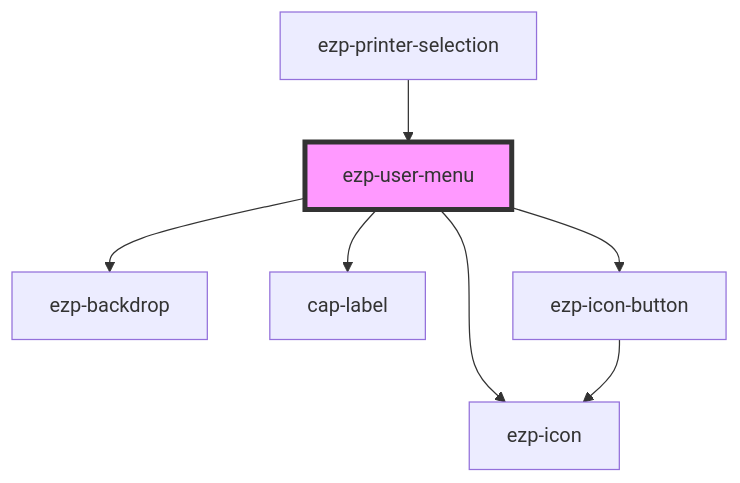
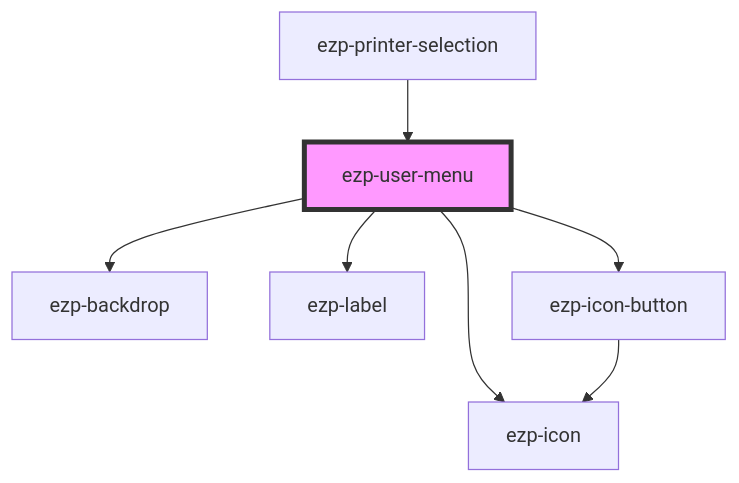
The diagram in src/components/ezp-user-menu/readme.md (ezeep/ezeep-js), drawn with Mermaid before and after one commit. The commit also changed other lines of this file and 42 other files, not shown here.

````diff
--- a/src/components/ezp-user-menu/readme.md
+++ b/src/components/ezp-user-menu/readme.md
@@ -34,10 +34,10 @@
 ```mermaid
 graph TD;
   ezp-user-menu --> ezp-backdrop
-  ezp-user-menu --> cap-label
+  ezp-user-menu --> ezp-label
   ezp-user-menu --> ezp-icon-button
   ezp-user-menu --> ezp-icon
   ezp-icon-button --> ezp-icon
   ezp-printer-selection --> ezp-user-menu
   style ezp-user-menu fill:#f9f,stroke:#333,stroke-width:4px
 ```
````
